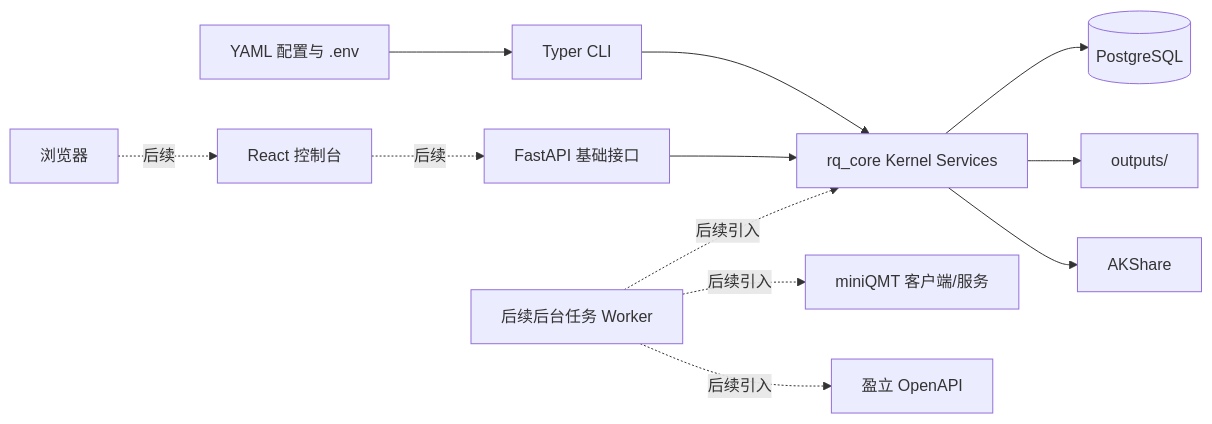
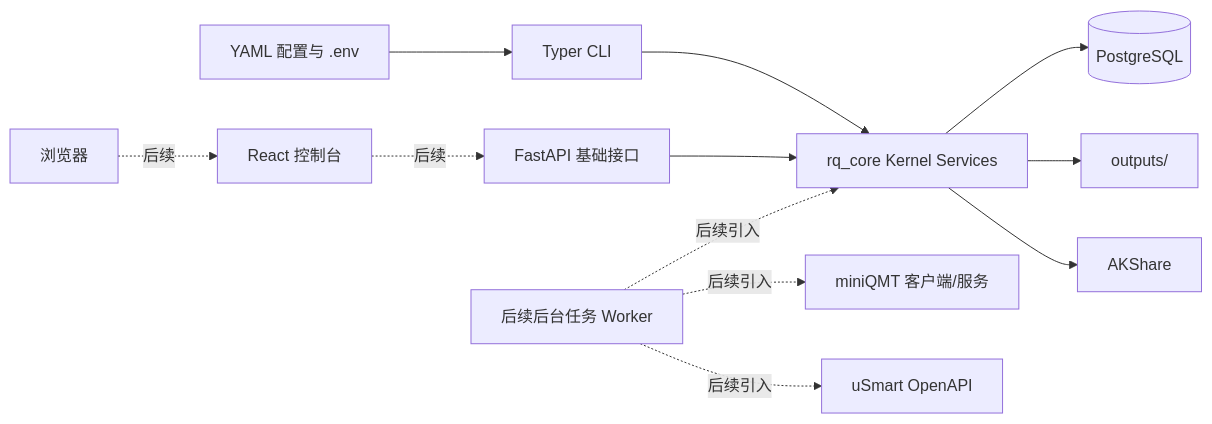
One commit to lyty1997/Augur_Maestro changed the eighth of 8 diagrams in docs/00-project/01-architecture.md. Above: the diagram before and after it, drawn with Mermaid. The commit also changed other lines of this file and 11 other files, not shown here.

Commit message:
fix: 修改‘YingLi’ 为‘uSmart’

````diff
--- a/docs/00-project/01-architecture.md
+++ b/docs/00-project/01-architecture.md
@@ -664,14 +664,14 @@
 ```mermaid
 flowchart LR
     CLI[Typer CLI] --> Services[rq_core Kernel Services]
     API[FastAPI 基础接口] --> Services
     Config[YAML 配置与 .env] --> CLI
     Services --> Postgres[(PostgreSQL)]
     Services --> Outputs[outputs/]
     Services --> AKShare[AKShare]
     Browser[浏览器] -.后续.-> Web[React 控制台]
     Web -.后续.-> API
     FutureWorker[后续后台任务 Worker] -.后续引入.-> Services
     FutureWorker -.后续引入.-> QMT[miniQMT 客户端/服务]
-    FutureWorker -.后续引入.-> YingLi[盈立 OpenAPI]
+    FutureWorker -.后续引入.-> uSmart[uSmart OpenAPI]
 ```
````
